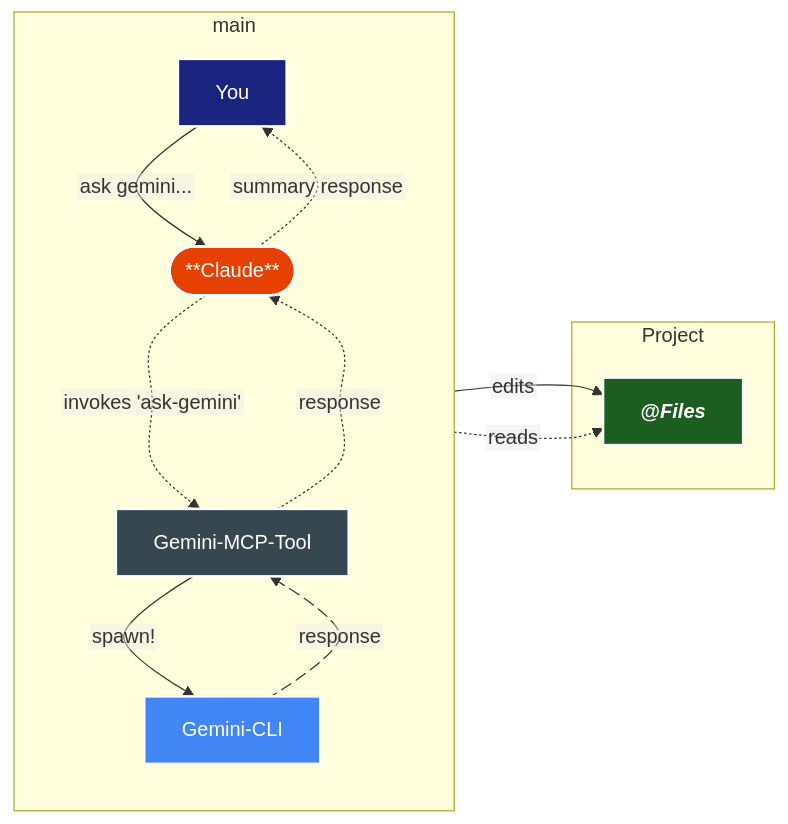
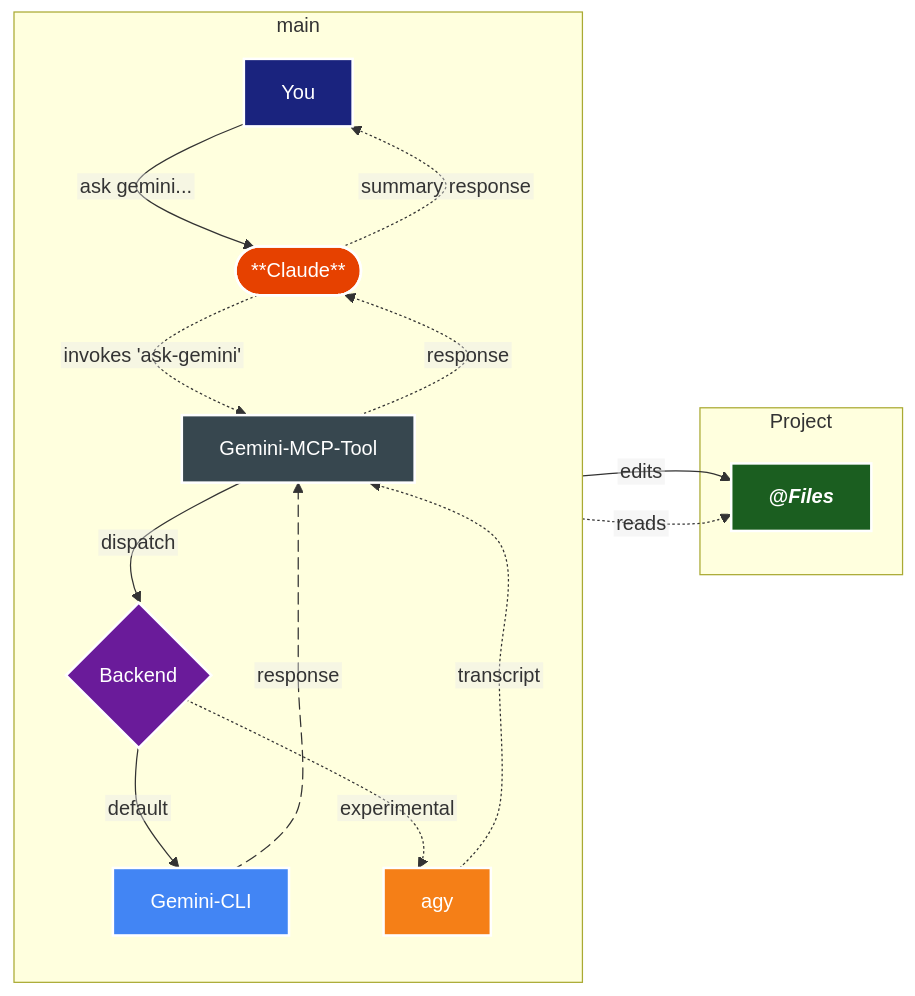
The diagram in docs/concepts/how-it-works.md (jamubc/gemini-mcp-tool), drawn with Mermaid before and after one commit. The commit also changed other lines of this file and 14 other files, not shown here.

````diff
--- a/docs/concepts/how-it-works.md
+++ b/docs/concepts/how-it-works.md
@@ -19,33 +19,40 @@
 ```mermaid
 ---
 config:
   flowchart:
     htmlLabels: false
     curve: cardinal
 ---
 flowchart LR
     subgraph main
         direction TB
         A[You] --> |"ask gemini..."| B([**Claude**])
-        B -..-> |"invokes 'ask-gemini'"| C["Gemini-MCP-Tool"]
-        C --> |"spawn!"| D[Gemini-CLI]
-        D e1@-.-> |"response"| C
+        B -.-> |"invokes 'ask-gemini'"| C["Gemini-MCP-Tool"]
+        C --> |"dispatch"| D{"Backend"}
+        D --> |"default"| E[Gemini-CLI]
+        D -.-> |"experimental"| F["agy"]
+        E e1@-.-> |"response"| C
+        F -.-> |"transcript"| C
         C -.-> |"response"| B
         B -.-> |"summary response"| A
         e1@{ animate: true }
     end
     subgraph Project
-        B --> |"edits"| E["`**@*Files***`"]
-        D -.-> |"reads"| E
+        B --> |"edits"| G["`**@*Files***`"]
+        E -.-> |"reads"| G
     end
     classDef userNode fill:#1a237e,stroke:#fff,color:#fff,stroke-width:2px
     classDef claudeNode fill:#e64100,stroke:#fff,color:#fff,stroke-width:2px
     classDef geminiNode fill:#4285f4,stroke:#fff,color:#fff,stroke-width:2px
     classDef mcpNode fill:#37474f,stroke:#fff,color:#fff,stroke-width:2px
     classDef dataNode fill:#1b5e20,stroke:#fff,color:#fff,stroke-width:2px
+    classDef dispatchNode fill:#6a1b9a,stroke:#fff,color:#fff,stroke-width:2px
+    classDef agyNode fill:#f57f17,stroke:#fff,color:#fff,stroke-width:2px
     class A userNode
     class B claudeNode
     class C mcpNode
-    class D geminiNode
-    class E dataNode
+    class D dispatchNode
+    class E geminiNode
+    class F agyNode
+    class G dataNode
 ```
````
